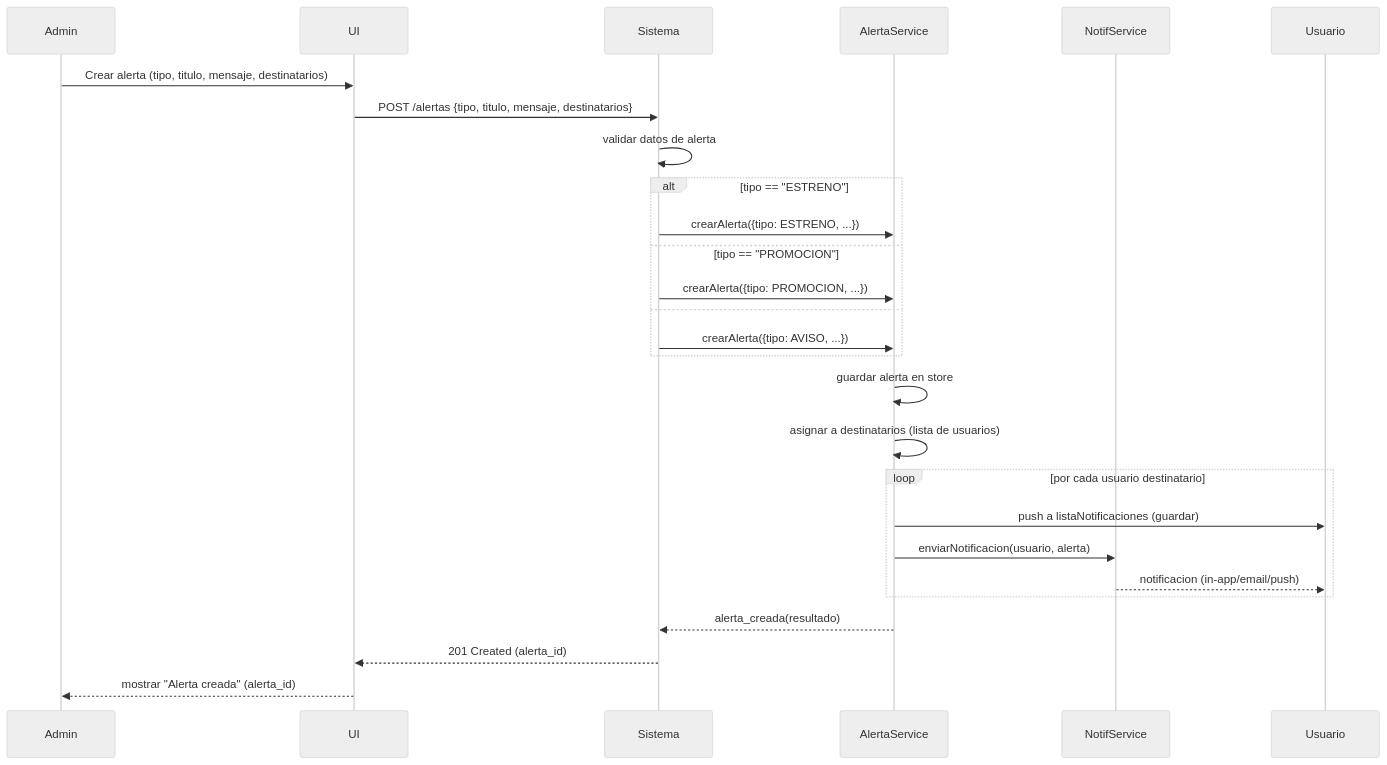
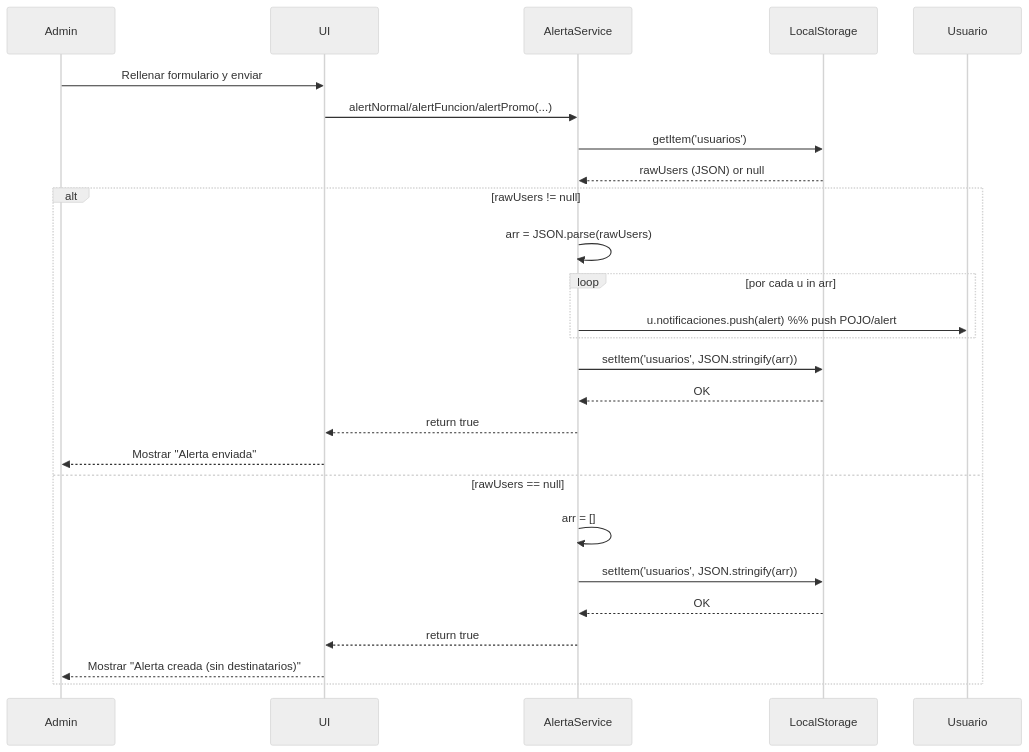
Before and after one commit to sebastianeyraud/TecnoWebSlytherin: the diagram in UML/Secuencia/C11.mmd, drawn with Mermaid (neutral theme). The commit also changed 6 other files, not shown here.

```diff
--- a/UML/Secuencia/C11.mmd
+++ b/UML/Secuencia/C11.mmd
@@ -1,37 +1,36 @@
 sequenceDiagram
     participant Admin
     participant UI
-    participant Sistema
     participant AlertaService
-    participant NotifService
+    participant LocalStorage
     participant Usuario
 
-    %% Admin inicia la creación de una alerta
-    Admin->>UI: Crear alerta (tipo, titulo, mensaje, destinatarios)
-    UI->>Sistema: POST /alertas {tipo, titulo, mensaje, destinatarios}
+    %% Admin crea alerta en la UI
+    Admin->>UI: Rellenar formulario y enviar
 
-    %% Sistema valida y enruta según tipo
-    Sistema->>Sistema: validar datos de alerta
-    alt tipo == "ESTRENO"
-        Sistema->>AlertaService: crearAlerta({tipo: ESTRENO, ...})
-    else tipo == "PROMOCION"
-        Sistema->>AlertaService: crearAlerta({tipo: PROMOCION, ...})
-    else
-        Sistema->>AlertaService: crearAlerta({tipo: AVISO, ...})
+    %% UI llama al servicio (alertNormal/alertFuncion/alertPromo)
+    UI->>AlertaService: alertNormal/alertFuncion/alertPromo(...)
+
+    %% AlertaService lee la lista de usuarios desde localStorage
+    AlertaService->>LocalStorage: getItem('usuarios')
+    LocalStorage-->>AlertaService: rawUsers (JSON) or null
+
+    alt rawUsers != null
+        %% Hay usuarios -> parse y repartir
+        AlertaService->>AlertaService: arr = JSON.parse(rawUsers)
+        loop por cada u in arr
+            AlertaService->>Usuario: u.notificaciones.push(alert)  %% push POJO/alert
+        end
+        %% Persistir cambios
+        AlertaService->>LocalStorage: setItem('usuarios', JSON.stringify(arr))
+        LocalStorage-->>AlertaService: OK
+        AlertaService-->>UI: return true
+        UI-->>Admin: Mostrar "Alerta enviada"
+    else rawUsers == null
+        %% No hay usuarios -> arr = [] y se guarda (resultado: nadie recibe)
+        AlertaService->>AlertaService: arr = []
+        AlertaService->>LocalStorage: setItem('usuarios', JSON.stringify(arr))
+        LocalStorage-->>AlertaService: OK
+        AlertaService-->>UI: return true
+        UI-->>Admin: Mostrar "Alerta creada (sin destinatarios)"
     end
-
-    %% AlertaService persiste y relaciona a usuarios
-    AlertaService->>AlertaService: guardar alerta en store
-    AlertaService->>AlertaService: asignar a destinatarios (lista de usuarios)
-
-    %% Para cada usuario destinatario: guardar en sus notificaciones y enviar
-    loop por cada usuario destinatario
-        AlertaService->>Usuario: push a listaNotificaciones (guardar)
-        AlertaService->>NotifService: enviarNotificacion(usuario, alerta)
-        NotifService-->>Usuario: notificacion (in-app/email/push)
-    end
-
-    %% Confirmación al Admin
-    AlertaService-->>Sistema: alerta_creada(resultado)
-    Sistema-->>UI: 201 Created (alerta_id)
-    UI-->>Admin: mostrar "Alerta creada" (alerta_id)
```
